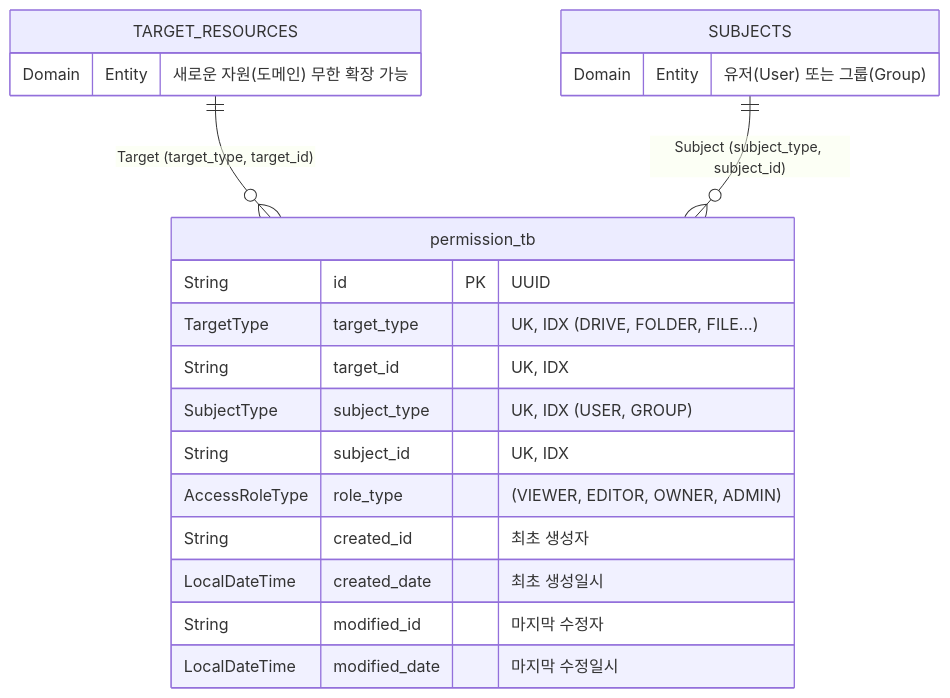
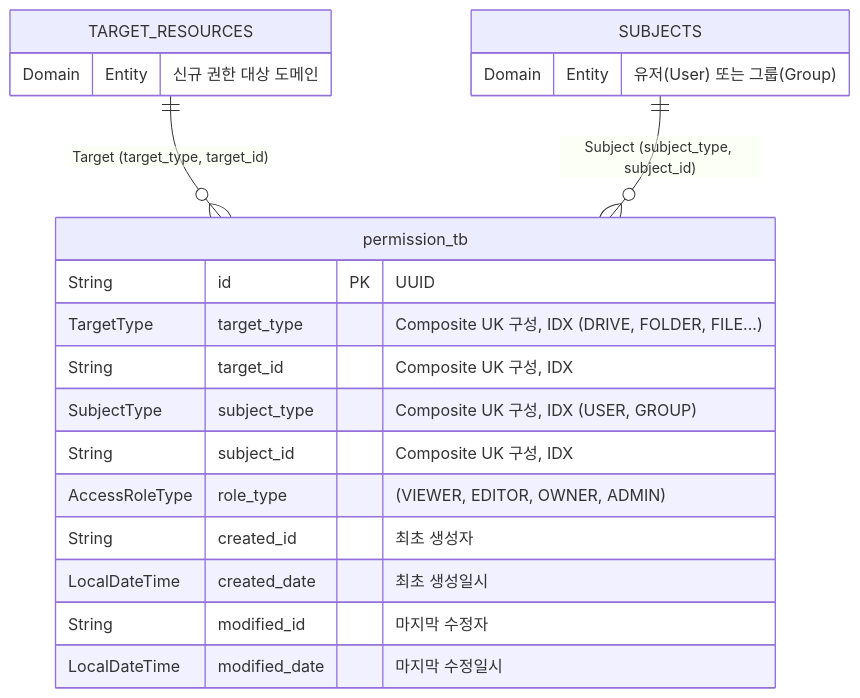
Before and after one commit to sul1074/Shared-AI-Drive: the fourth of 8 diagrams in README.md, drawn with Mermaid. The commit also changed other lines of this file, not shown here.

````diff
--- a/README.md
+++ b/README.md
@@ -317,27 +317,27 @@
 ```mermaid
 erDiagram
     %% 논리적 다형성 관계 (물리적 FK 없음)
     TARGET_RESOURCES ||--o{ permission_tb : "Target (target_type, target_id)"
     SUBJECTS ||--o{ permission_tb : "Subject (subject_type, subject_id)"
 
     permission_tb {
         String id PK "UUID"
-        TargetType target_type "UK, IDX (DRIVE, FOLDER, FILE...)"
-        String target_id "UK, IDX"
-        SubjectType subject_type "UK, IDX (USER, GROUP)"
-        String subject_id "UK, IDX"
+        TargetType target_type "Composite UK 구성, IDX (DRIVE, FOLDER, FILE...)"
+        String target_id "Composite UK 구성, IDX"
+        SubjectType subject_type "Composite UK 구성, IDX (USER, GROUP)"
+        String subject_id "Composite UK 구성, IDX"
         AccessRoleType role_type "(VIEWER, EDITOR, OWNER, ADMIN)"
         String created_id "최초 생성자"
         LocalDateTime created_date "최초 생성일시"
         String modified_id "마지막 수정자"
         LocalDateTime modified_date "마지막 수정일시"
     }
 
     TARGET_RESOURCES {
-        Domain Entity "새로운 자원(도메인) 무한 확장 가능"
+        Domain Entity "신규 권한 대상 도메인"
     }
 
     SUBJECTS {
         Domain Entity "유저(User) 또는 그룹(Group)"
     }
 ```
````
